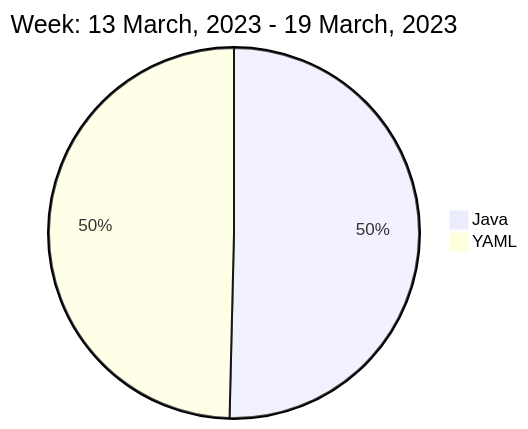
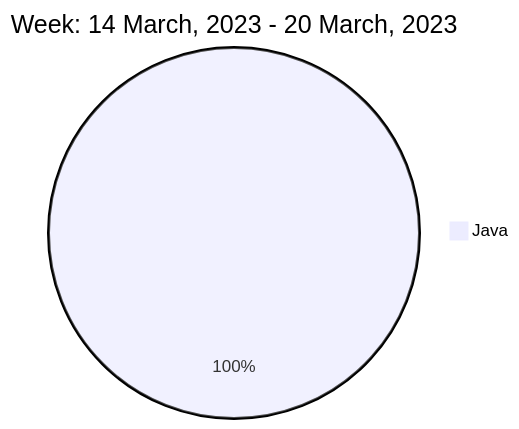
Before and after one commit to liubin95/liubin95: the diagram in README.md, drawn with Mermaid.

Commit message:
Updated the Graph with new Metrics

````diff
--- a/README.md
+++ b/README.md
@@ -40,6 +40,5 @@
 ```mermaid
  pie
-title Week: 13 March, 2023 - 19 March, 2023
- "Java" : 3.3
- "YAML" : 3.25
+title Week: 14 March, 2023 - 20 March, 2023
+ "Java" : 3.28
 ```
````
